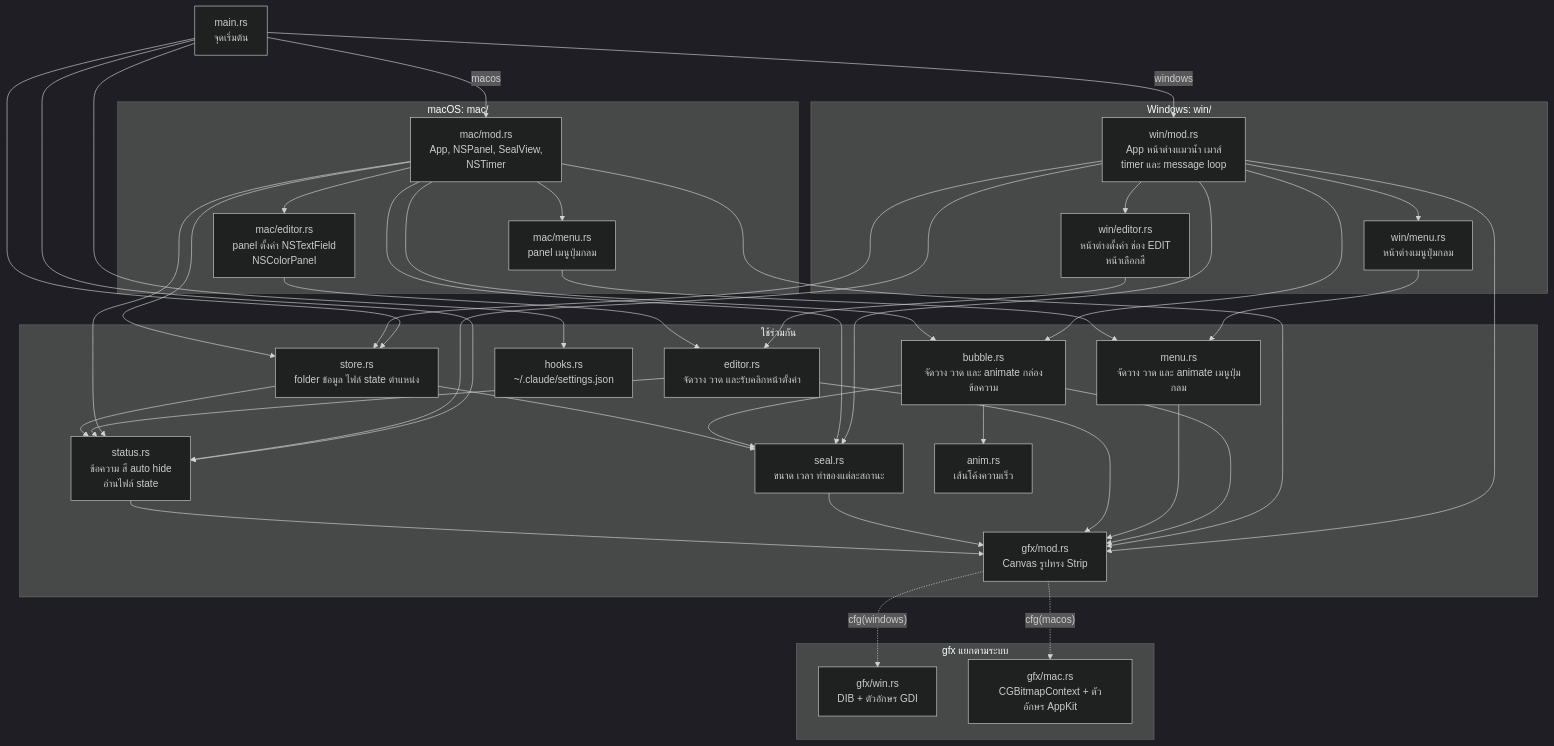
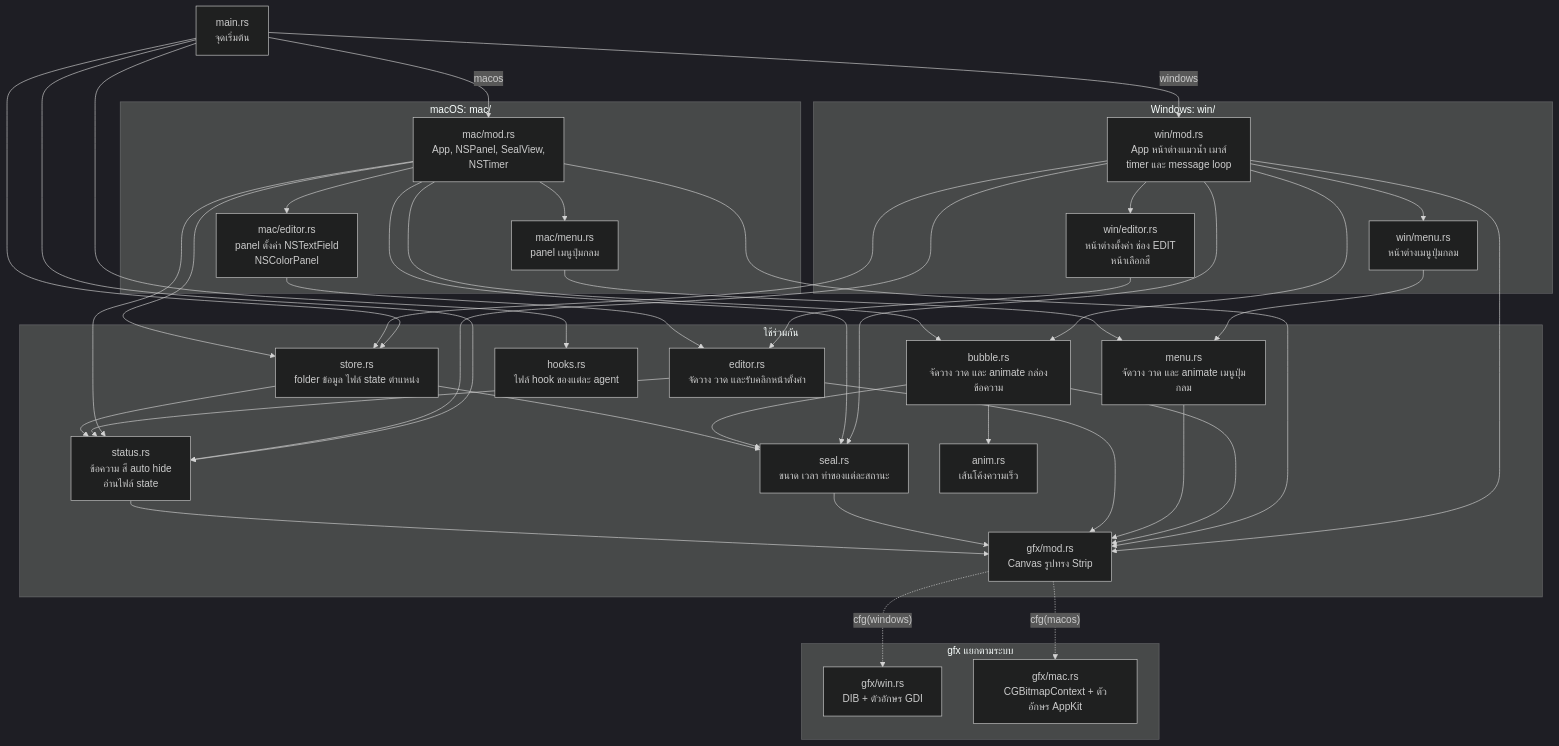
The second of 7 diagrams in docs/th/architecture.md (thanachaiakt/ai-mascot-hook), drawn with Mermaid (dark theme) before and after one commit. The commit also changed other lines of this file and 13 other files, not shown here.

````diff
--- a/docs/th/architecture.md
+++ b/docs/th/architecture.md
@@ -39,63 +39,63 @@
 ```mermaid
 flowchart TB
     main["main.rs<br/>จุดเริ่มต้น"]
 
     subgraph shared["ใช้ร่วมกัน"]
         seal["seal.rs<br/>ขนาด เวลา ท่าของแต่ละสถานะ"]
         store["store.rs<br/>folder ข้อมูล ไฟล์ state ตำแหน่ง"]
         status["status.rs<br/>ข้อความ สี auto hide<br/>อ่านไฟล์ state"]
         bubble["bubble.rs<br/>จัดวาง วาด และ animate กล่องข้อความ"]
         menu["menu.rs<br/>จัดวาง วาด และ animate เมนูปุ่มกลม"]
         editor["editor.rs<br/>จัดวาง วาด และรับคลิกหน้าตั้งค่า"]
-        hooks["hooks.rs<br/>~/.claude/settings.json"]
+        hooks["hooks.rs<br/>ไฟล์ hook ของแต่ละ agent"]
         anim["anim.rs<br/>เส้นโค้งความเร็ว"]
         gfx["gfx/mod.rs<br/>Canvas รูปทรง Strip"]
     end
 
     subgraph backends["gfx แยกตามระบบ"]
         gwin["gfx/win.rs<br/>DIB + ตัวอักษร GDI"]
         gmac["gfx/mac.rs<br/>CGBitmapContext + ตัวอักษร AppKit"]
     end
 
     subgraph win["Windows: win/"]
         wmod["win/mod.rs<br/>App หน้าต่างแมวน้ำ เมาส์<br/>timer และ message loop"]
         wmenu["win/menu.rs<br/>หน้าต่างเมนูปุ่มกลม"]
         wed["win/editor.rs<br/>หน้าต่างตั้งค่า ช่อง EDIT<br/>หน้าเลือกสี"]
     end
 
     subgraph mac["macOS: mac/"]
         mmod["mac/mod.rs<br/>App, NSPanel, SealView,<br/>NSTimer"]
         mmenu["mac/menu.rs<br/>panel เมนูปุ่มกลม"]
         med["mac/editor.rs<br/>panel ตั้งค่า NSTextField<br/>NSColorPanel"]
     end
 
     main --> hooks
     main --> status
     main --> store
     main -- "windows" --> wmod
     main -- "macos" --> mmod
 
     wmod --> wmenu
     wmod --> wed
     mmod --> mmenu
     mmod --> med
     wmenu & mmenu --> menu
     wed & med --> editor
     wmod & mmod --> bubble
     wmod & mmod --> seal
     wmod & mmod --> store
     wmod & mmod --> status
     wmod & mmod --> gfx
 
     bubble --> anim
     bubble --> gfx
     menu & editor --> gfx
     editor --> status
     bubble --> seal
     store --> seal
     store --> status
     seal --> gfx
     status --> gfx
     gfx -. "cfg(windows)" .-> gwin
     gfx -. "cfg(macos)" .-> gmac
 ```
````
